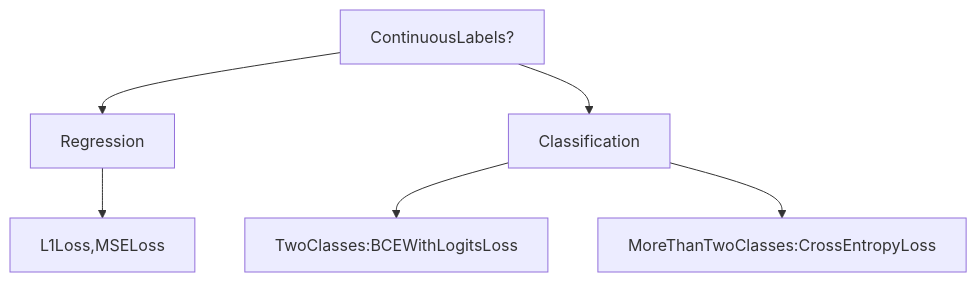
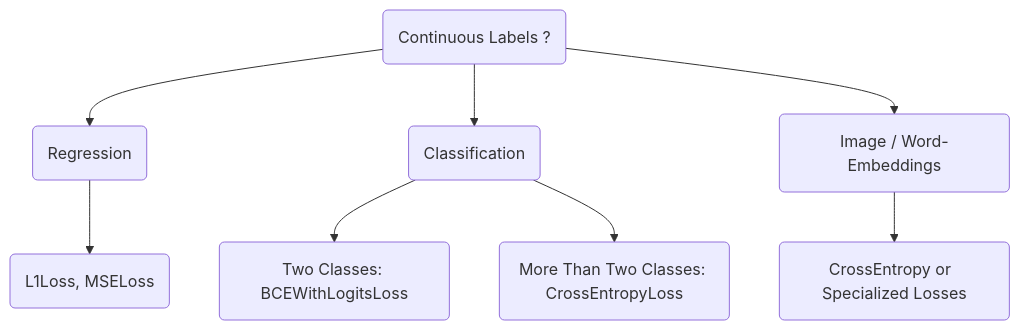
One commit to nchandolaj/DeepLearning changed the diagram in foundations/docs/training_deep_networks.md. Above: the diagram before and after it, drawn with Mermaid. The commit also changed other lines of this file, not shown here.

````diff
--- a/foundations/docs/training_deep_networks.md
+++ b/foundations/docs/training_deep_networks.md
@@ -11,8 +11,10 @@
 ```mermaid
 graph TD;
-    ContinuousLabels? --> Regression;
-    ContinuousLabels? --> Classification;
-    Regression --> L1Loss,MSELoss;
-    Classification --> TwoClasses:BCEWithLogitsLoss;
-    Classification --> MoreThanTwoClasses:CrossEntropyLoss;
+    id_1(Continuous Labels ?) --> id_2a(Regression);
+    id_1 --> id_2b(Classification);
+    id_1 --> id_2c(Image / Word-Embeddings);
+    id_2a --> id_2a1(L1Loss, MSELoss);
+    id_2b --> id_2b1(Two Classes: BCEWithLogitsLoss);
+    id_2b --> id_2b2(More Than Two Classes: CrossEntropyLoss);
+    id_2c --> id_2c1(CrossEntropy or  Specialized Losses);
 ```
````
